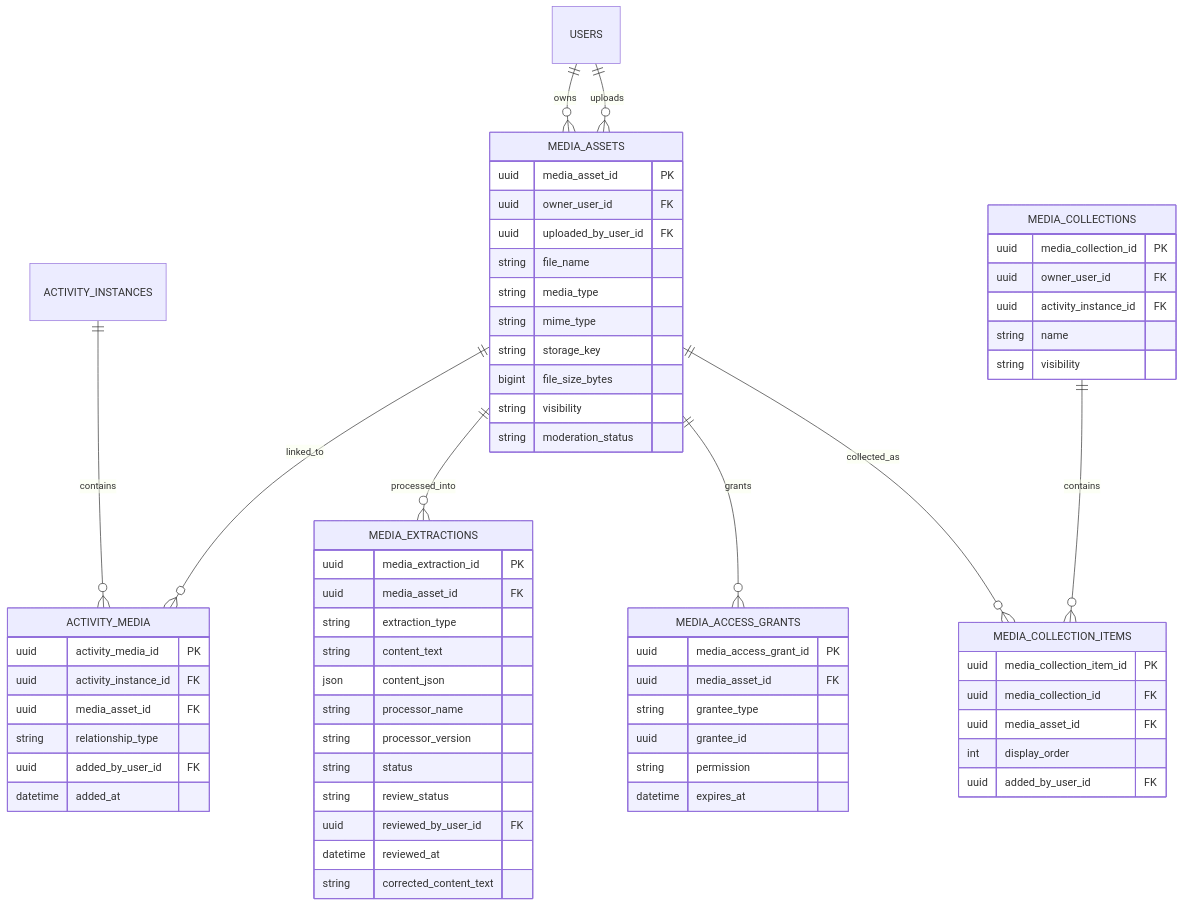
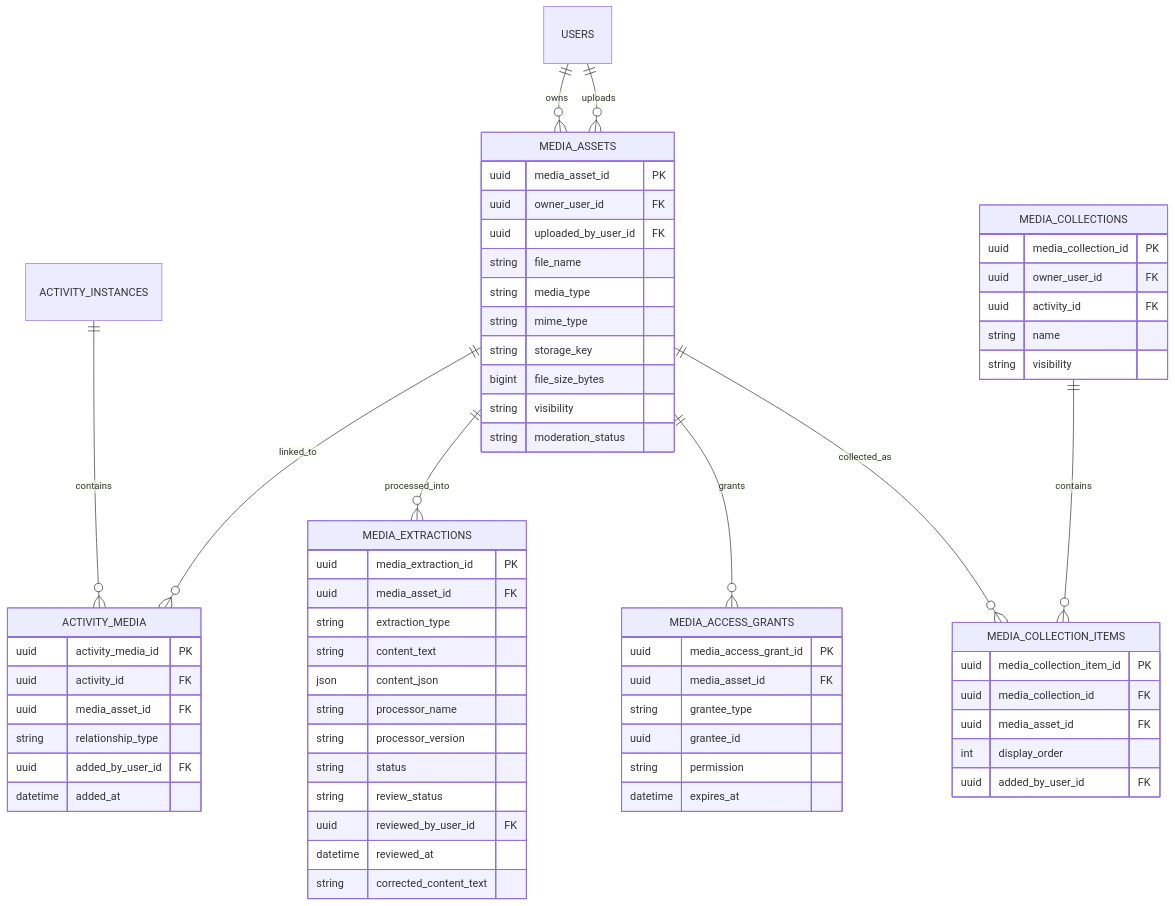
Before and after one commit to heison-octopus/testing-port: diagram 22 of 24 in output/English/Core data relationships.md, drawn with Mermaid. The commit also changed other lines of this file and 117 other files, not shown here.

````diff
--- a/output/English/Core data relationships.md
+++ b/output/English/Core data relationships.md
@@ -1434,74 +1787,74 @@
 ```mermaid
 erDiagram
     USERS ||--o{ MEDIA_ASSETS : owns
     USERS ||--o{ MEDIA_ASSETS : uploads
     ACTIVITY_INSTANCES ||--o{ ACTIVITY_MEDIA : contains
     MEDIA_ASSETS ||--o{ ACTIVITY_MEDIA : linked_to
 
     MEDIA_ASSETS ||--o{ MEDIA_EXTRACTIONS : processed_into
     MEDIA_ASSETS ||--o{ MEDIA_ACCESS_GRANTS : grants
     MEDIA_ASSETS ||--o{ MEDIA_COLLECTION_ITEMS : collected_as
     MEDIA_COLLECTIONS ||--o{ MEDIA_COLLECTION_ITEMS : contains
 
     MEDIA_ASSETS {
         uuid media_asset_id PK
         uuid owner_user_id FK
         uuid uploaded_by_user_id FK
         string file_name
         string media_type
         string mime_type
         string storage_key
         bigint file_size_bytes
         string visibility
         string moderation_status
     }
 
     ACTIVITY_MEDIA {
         uuid activity_media_id PK
-        uuid activity_instance_id FK
+        uuid activity_id FK
         uuid media_asset_id FK
         string relationship_type
         uuid added_by_user_id FK
         datetime added_at
     }
 
     MEDIA_EXTRACTIONS {
         uuid media_extraction_id PK
         uuid media_asset_id FK
         string extraction_type
         string content_text
         json content_json
         string processor_name
         string processor_version
         string status
         string review_status
         uuid reviewed_by_user_id FK
         datetime reviewed_at
         string corrected_content_text
     }
 
     MEDIA_ACCESS_GRANTS {
         uuid media_access_grant_id PK
         uuid media_asset_id FK
         string grantee_type
         uuid grantee_id
         string permission
         datetime expires_at
     }
 
     MEDIA_COLLECTIONS {
         uuid media_collection_id PK
         uuid owner_user_id FK
-        uuid activity_instance_id FK
+        uuid activity_id FK
         string name
         string visibility
     }
 
     MEDIA_COLLECTION_ITEMS {
         uuid media_collection_item_id PK
         uuid media_collection_id FK
         uuid media_asset_id FK
         int display_order
         uuid added_by_user_id FK
     }
 ```
````
